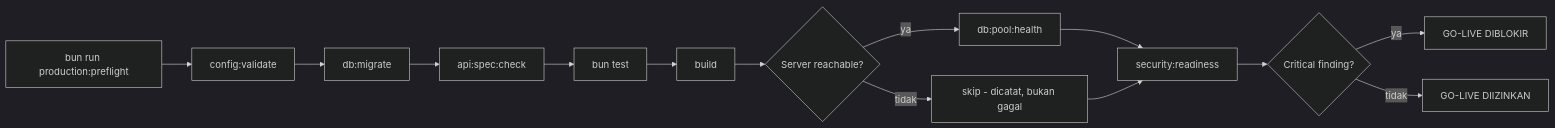
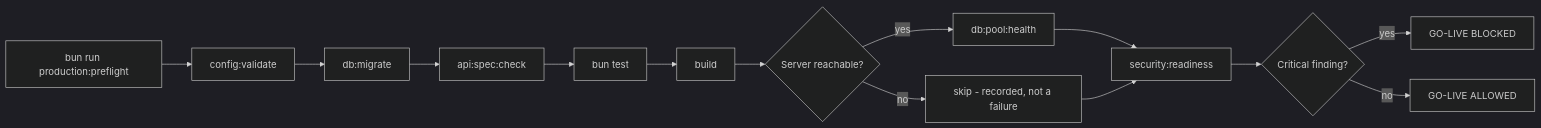
Before and after one commit to ahliweb/awcms: the diagram in docs/awcms/production-readiness.md, drawn with Mermaid (dark theme). The commit also changed other lines of this file and 603 other files, not shown here.

````diff
--- a/docs/awcms/production-readiness.md
+++ b/docs/awcms/production-readiness.md
@@ -29,16 +31,16 @@
 ```mermaid
 flowchart LR
   Pre[bun run production:preflight] --> Cfg[config:validate]
   Cfg --> Mig[db:migrate]
   Mig --> Spec[api:spec:check]
   Spec --> Test[bun test]
   Test --> Build[build]
   Build --> Probe{Server reachable?}
-  Probe -->|ya| Pool[db:pool:health]
-  Probe -->|tidak| Skip[skip - dicatat, bukan gagal]
+  Probe -->|yes| Pool[db:pool:health]
+  Probe -->|no| Skip[skip - recorded, not a failure]
   Pool --> Sec[security:readiness]
   Skip --> Sec
   Sec --> Gate{Critical finding?}
-  Gate -->|ya| Block[GO-LIVE DIBLOKIR]
-  Gate -->|tidak| Ready[GO-LIVE DIIZINKAN]
+  Gate -->|yes| Block[GO-LIVE BLOCKED]
+  Gate -->|no| Ready[GO-LIVE ALLOWED]
 ```
````
